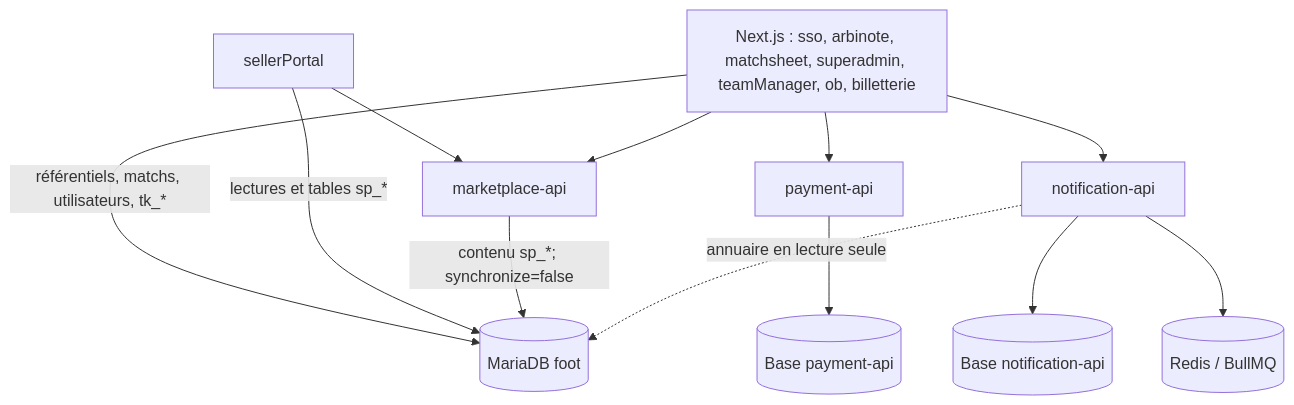
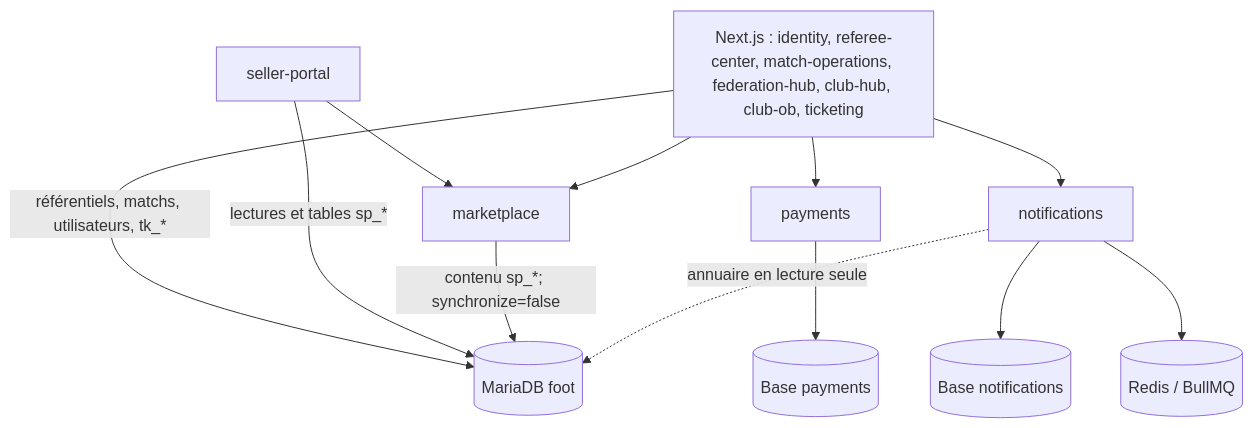
The diagram in README.md (brahmiamine/foot), drawn with Mermaid before and after one commit. The commit also changed other lines of this file and 3183 other files, not shown here.

````diff
--- a/README.md
+++ b/README.md
@@ -82,25 +82,25 @@
 ```mermaid
 flowchart TB
   Shared[(MariaDB foot)]
-  Payment[(Base payment-api)]
-  Notification[(Base notification-api)]
+  Payment[(Base payments)]
+  Notification[(Base notifications)]
   Redis[(Redis / BullMQ)]
 
-  Next[Next.js : sso, arbinote, matchsheet, superadmin, teamManager, ob, billetterie]
-  Seller[sellerPortal]
-  Market[marketplace-api]
-  Pay[payment-api]
-  Notify[notification-api]
+  Next[Next.js : identity, referee-center, match-operations, federation-hub, club-hub, club-ob, ticketing]
+  Seller[seller-portal]
+  Market[marketplace]
+  Pay[payments]
+  Notify[notifications]
 
   Next -->|référentiels, matchs, utilisateurs, tk_*| Shared
   Seller -->|lectures et tables sp_*| Shared
   Market -->|contenu sp_*; synchronize=false| Shared
   Pay --> Payment
   Notify --> Notification
   Notify --> Redis
   Notify -.->|annuaire en lecture seule| Shared
   Next --> Pay
   Next --> Notify
   Seller --> Market
   Next --> Market
 ```
````
